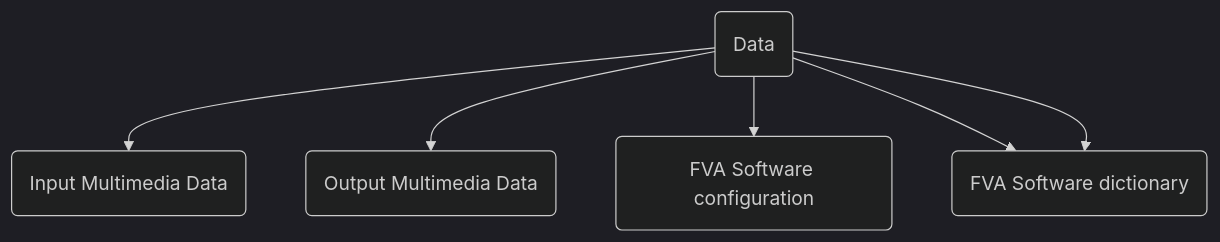
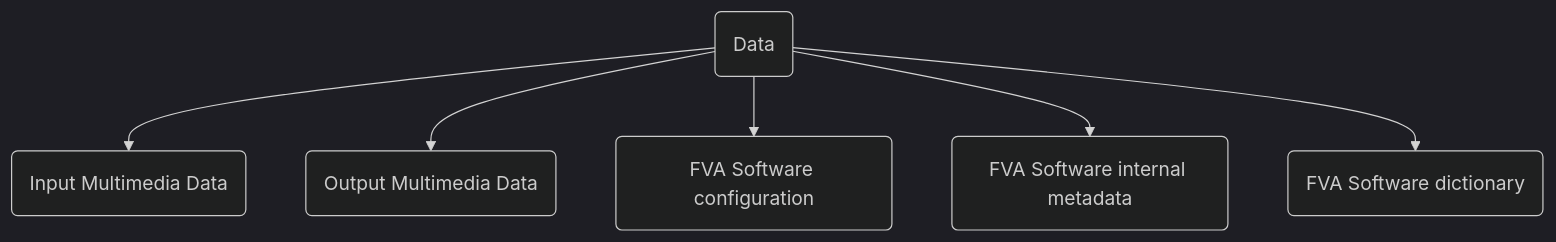
One commit to dimanikulin/fva changed the third of 3 diagrams in FunctionalView.md. Above: the diagram before and after it, drawn with Mermaid (dark theme).

Commit message:
#157 fixed mistype

````diff
--- a/FunctionalView.md
+++ b/FunctionalView.md
@@ -51,9 +51,9 @@
 ```mermaid
 graph TD
     A(Data) --> B(Input Multimedia Data)
     A(Data) --> C(Output Multimedia Data)
     A(Data) --> D(FVA Software configuration)
     A(Data) --> E(FVA Software internal metadata)
-    A(Data) --> E(FVA Software dictionary)
+    A(Data) --> F(FVA Software dictionary)
 
 ```
````
